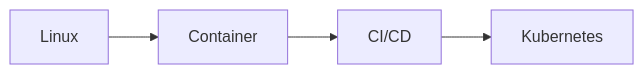
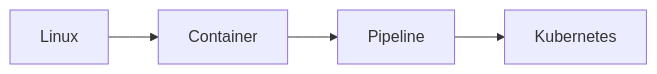
The diagram in README.md (ludesdeveloper/kubernetes-talk), drawn with Mermaid before and after one commit. The commit also changed other lines of this file, not shown here.

````diff
--- a/README.md
+++ b/README.md
@@ -13,6 +13,6 @@
 ```mermaid
 flowchart LR
 A[Linux] --> B[Container]
-B --> C[CI/CD]
+B --> C[Pipeline]
 C --> D[Kubernetes]
 ```
````
